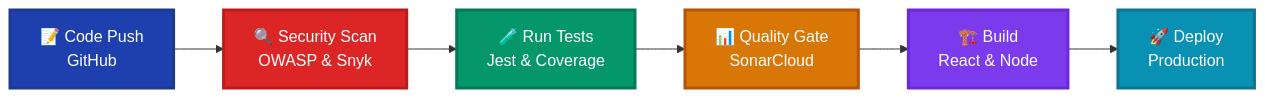
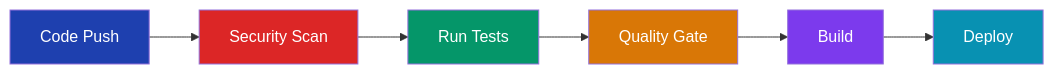
Before and after one commit to ST10255814/insy7314-final-poe: the second of 2 diagrams in README.md, drawn with Mermaid. The commit also changed other lines of this file, not shown here.

Commit message:
refactor: update system architecture diagram for clarity and consistency, enhance security framework section, and streamline README content

````diff
--- a/README.md
+++ b/README.md
@@ -300,15 +272,15 @@
 ```mermaid
 graph LR
-    A[📝 Code Push<br/>GitHub] --> B[🔍 Security Scan<br/>OWASP & Snyk]
-    B --> C[🧪 Run Tests<br/>Jest & Coverage]
-    C --> D[📊 Quality Gate<br/>SonarCloud]
-    D --> E[🏗️ Build<br/>React & Node]
-    E --> F[🚀 Deploy<br/>Production]
+    A[Code Push] --> B[Security Scan]
+    B --> C[Run Tests] 
+    C --> D[Quality Gate]
+    D --> E[Build]
+    E --> F[Deploy]
     
-    style A fill:#1e40af,stroke:#1e3a8a,stroke-width:3px,color:#fff
-    style B fill:#dc2626,stroke:#b91c1c,stroke-width:3px,color:#fff
-    style C fill:#059669,stroke:#047857,stroke-width:3px,color:#fff
-    style D fill:#d97706,stroke:#b45309,stroke-width:3px,color:#fff
-    style E fill:#7c3aed,stroke:#6d28d9,stroke-width:3px,color:#fff
-    style F fill:#0891b2,stroke:#0e7490,stroke-width:3px,color:#fff
+    style A fill:#1e40af,color:#fff
+    style B fill:#dc2626,color:#fff
+    style C fill:#059669,color:#fff
+    style D fill:#d97706,color:#fff
+    style E fill:#7c3aed,color:#fff
+    style F fill:#0891b2,color:#fff
 ```
````
